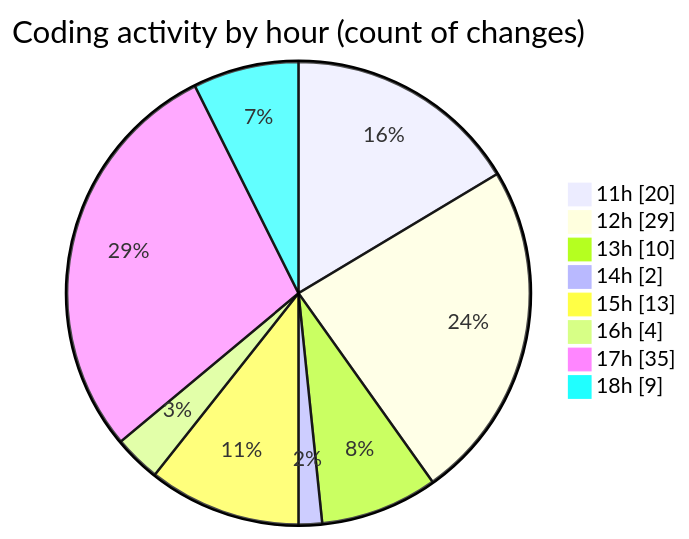
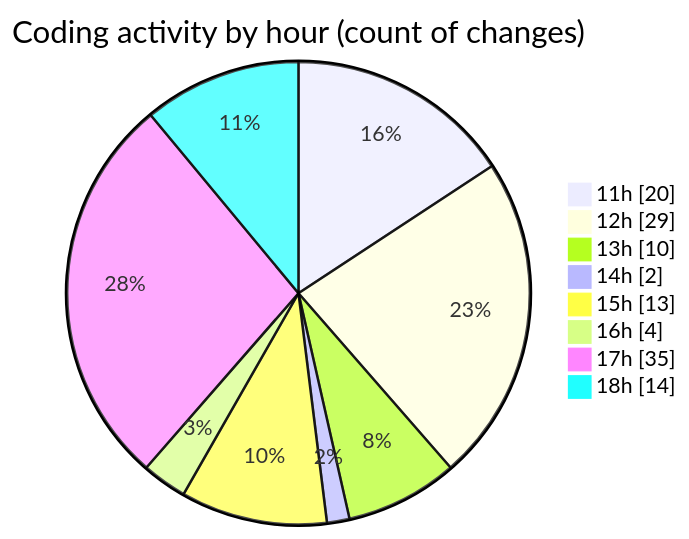
Before and after one commit to nxtqubesakshisongat/code-tracking: the second of 2 diagrams in 2025-12-11/nxtqube_webapp/README.md, drawn with Mermaid. The commit also changed other lines of this file and 1 other file, not shown here.

````diff
--- a/2025-12-11/nxtqube_webapp/README.md
+++ b/2025-12-11/nxtqube_webapp/README.md
@@ -42,12 +42,12 @@
 ```mermaid
 pie showData
 title Coding activity by hour (count of changes)
 "11h" : 20
 "12h" : 29
 "13h" : 10
 "14h" : 2
 "15h" : 13
 "16h" : 4
 "17h" : 35
-"18h" : 9
+"18h" : 14
 ```
````
